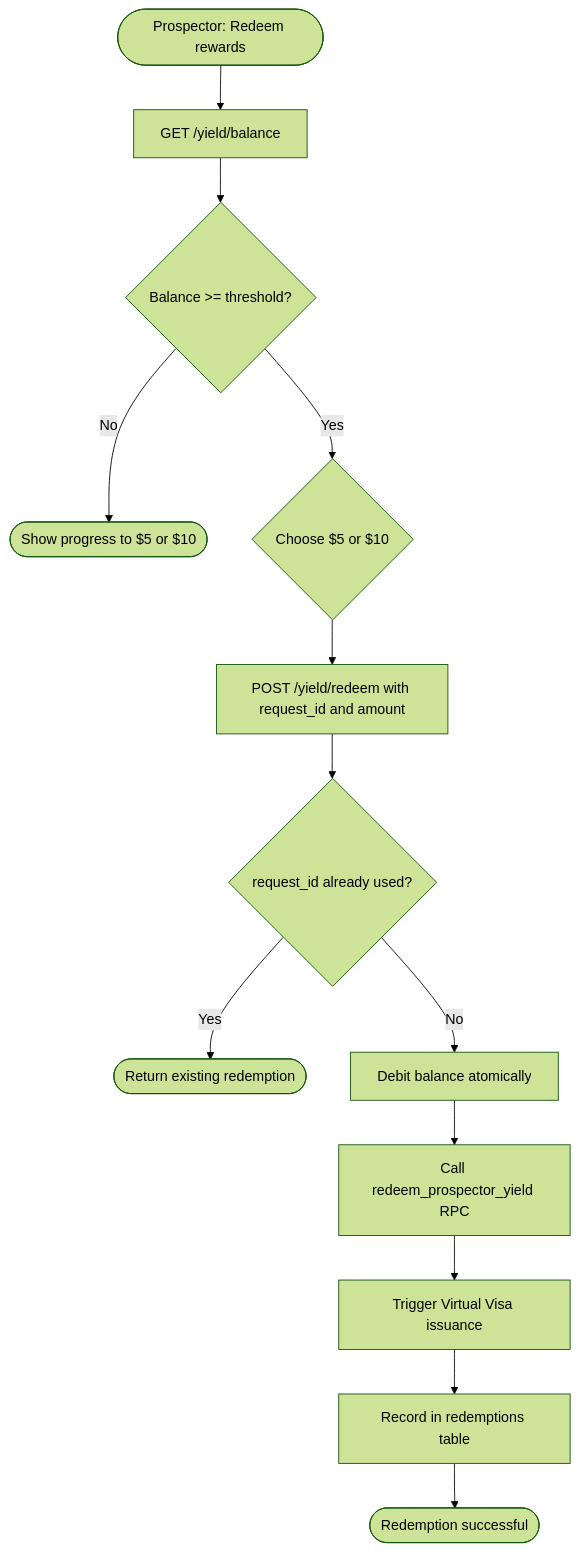
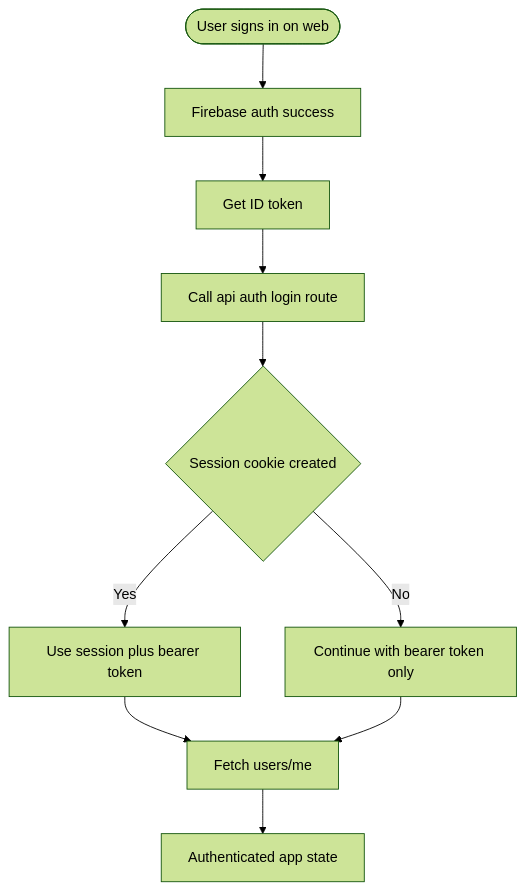
The ninth of 13 diagrams in docs/UML/uml-diagrams.md (Tmaku18/RADIOapp), drawn with Mermaid (forest theme) before and after one commit. The commit also changed other lines of this file and 3 other files, not shown here.

First line of the commit message:
Docs: refresh README and UML to current platform state.

````diff
--- a/docs/UML/uml-diagrams.md
+++ b/docs/UML/uml-diagrams.md
@@ -426,15 +146,12 @@
 ```mermaid
 flowchart TD
-    Start([Prospector: Redeem rewards]) --> CheckBalance[GET /yield/balance]
-    CheckBalance --> BalanceCheck{Balance >= threshold?}
-    BalanceCheck -->|No| ShowProgress([Show progress to $5 or $10])
-    BalanceCheck -->|Yes| ChooseAmount{Choose $5 or $10}
-    ChooseAmount --> SubmitRedeem[POST /yield/redeem with request_id and amount]
-    SubmitRedeem --> IdempotentCheck{request_id already used?}
-    IdempotentCheck -->|Yes| ReturnExisting([Return existing redemption])
-    IdempotentCheck -->|No| DebitBalance[Debit balance atomically]
-    DebitBalance --> CallRPC[Call redeem_prospector_yield RPC]
-    CallRPC --> ExternalVendor[Trigger Virtual Visa issuance]
-    ExternalVendor --> RecordRedemption[Record in redemptions table]
-    RecordRedemption --> Success([Redemption successful])
+  UserLogin([User signs in on web]) --> FirebaseSignIn[Firebase auth success]
+  FirebaseSignIn --> GetIdToken[Get ID token]
+  GetIdToken --> SessionAttempt[Call api auth login route]
+  SessionAttempt --> SessionStatus{Session cookie created}
+  SessionStatus -->|Yes| ContinueWithSession[Use session plus bearer token]
+  SessionStatus -->|No| ContinueWithBearer[Continue with bearer token only]
+  ContinueWithSession --> FetchProfile[Fetch users/me]
+  ContinueWithBearer --> FetchProfile
+  FetchProfile --> ProfileReady[Authenticated app state]
 ```
````
